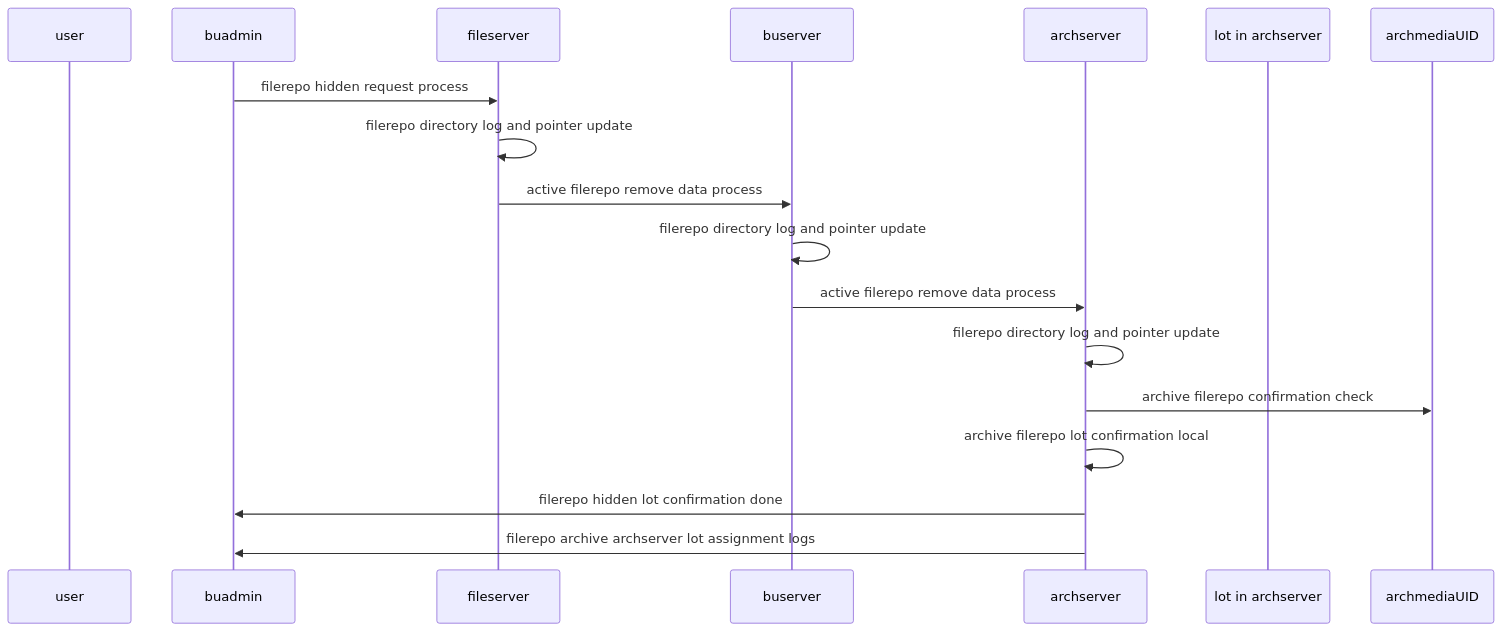
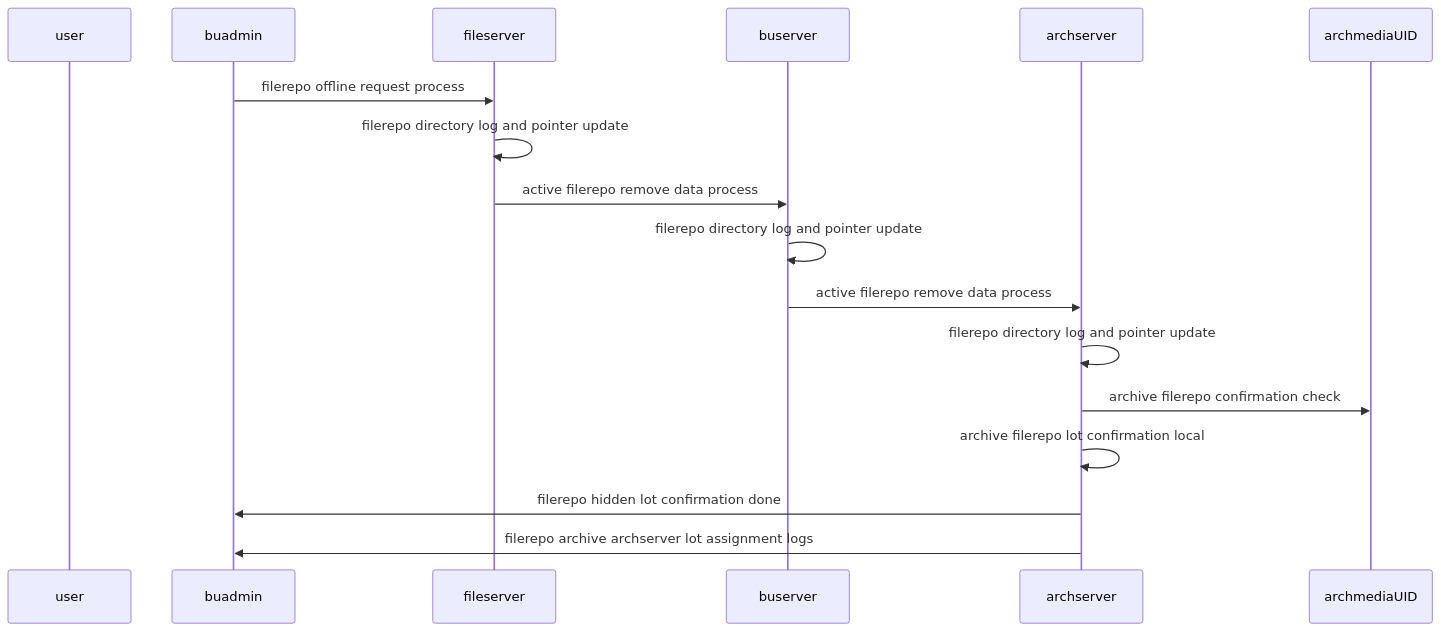
One commit to 2cld/netstack changed the third of 4 diagrams in docs/ops/backup/backup-diagram.md. Above: the diagram before and after it, drawn with Mermaid. The commit also changed other lines of this file, not shown here.

````diff
--- a/docs/ops/backup/backup-diagram.md
+++ b/docs/ops/backup/backup-diagram.md
@@ -39,19 +39,19 @@
 ```mermaid
 sequenceDiagram
     participant user
     participant buadmin
     participant fileserver
     participant buserver
     participant archserver
-    participant lot in archserver
-    buadmin->>fileserver: filerepo hidden request process
+    participant archmediaUID
+    buadmin->>fileserver: filerepo offline request process
     fileserver->>fileserver: filerepo directory log and pointer update
     fileserver->>buserver: active filerepo remove data process
     buserver->>buserver: filerepo directory log and pointer update
     buserver->>archserver: active filerepo remove data process
     archserver->>archserver: filerepo directory log and pointer update
     archserver->>archmediaUID: archive filerepo confirmation check
     archserver->>archserver: archive filerepo lot confirmation local
     archserver->>buadmin: filerepo hidden lot confirmation done
     archserver->>buadmin: filerepo archive archserver lot assignment logs
 ```
````
